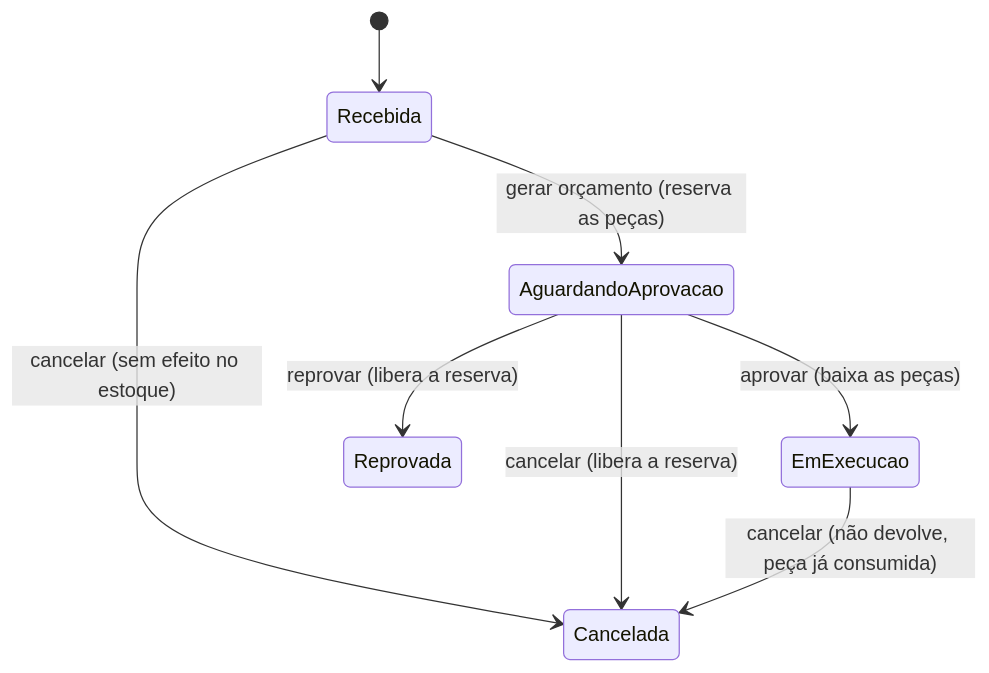
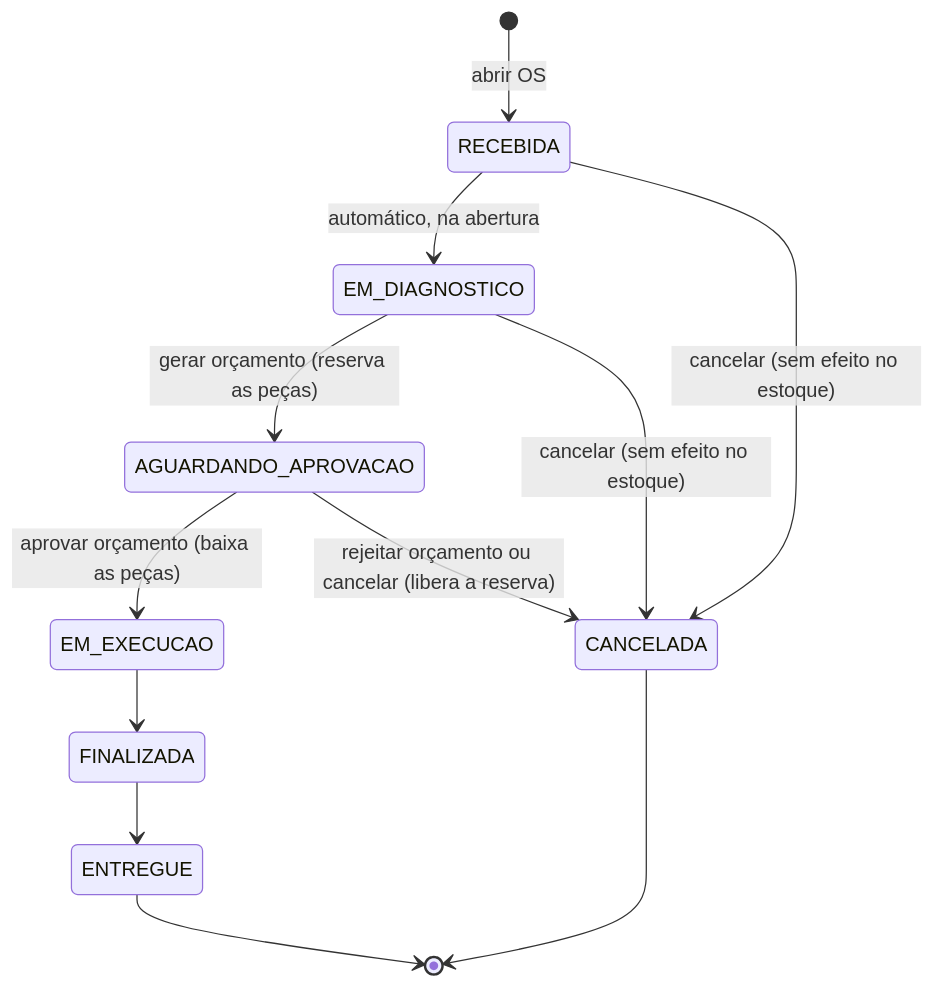
Before and after one commit to 18SOAT-Grupo-26/oficina-mecanica-api: the diagram in docs/adr/0003-estrategia-de-transacoes.md, drawn with Mermaid. The commit also changed other lines of this file and 3 other files, not shown here.

````diff
--- a/docs/adr/0003-estrategia-de-transacoes.md
+++ b/docs/adr/0003-estrategia-de-transacoes.md
@@ -120,10 +139,14 @@
 ```mermaid
 stateDiagram-v2
-    [*] --> Recebida
-    Recebida --> AguardandoAprovacao: gerar orçamento (reserva as peças)
-    AguardandoAprovacao --> EmExecucao: aprovar (baixa as peças)
-    AguardandoAprovacao --> Reprovada: reprovar (libera a reserva)
-    Recebida --> Cancelada: cancelar (sem efeito no estoque)
-    AguardandoAprovacao --> Cancelada: cancelar (libera a reserva)
-    EmExecucao --> Cancelada: cancelar (não devolve, peça já consumida)
+    [*] --> RECEBIDA: abrir OS
+    RECEBIDA --> EM_DIAGNOSTICO: automático, na abertura
+    EM_DIAGNOSTICO --> AGUARDANDO_APROVACAO: gerar orçamento (reserva as peças)
+    AGUARDANDO_APROVACAO --> EM_EXECUCAO: aprovar orçamento (baixa as peças)
+    AGUARDANDO_APROVACAO --> CANCELADA: rejeitar orçamento ou cancelar (libera a reserva)
+    RECEBIDA --> CANCELADA: cancelar (sem efeito no estoque)
+    EM_DIAGNOSTICO --> CANCELADA: cancelar (sem efeito no estoque)
+    EM_EXECUCAO --> FINALIZADA
+    FINALIZADA --> ENTREGUE
+    ENTREGUE --> [*]
+    CANCELADA --> [*]
 ```
````
